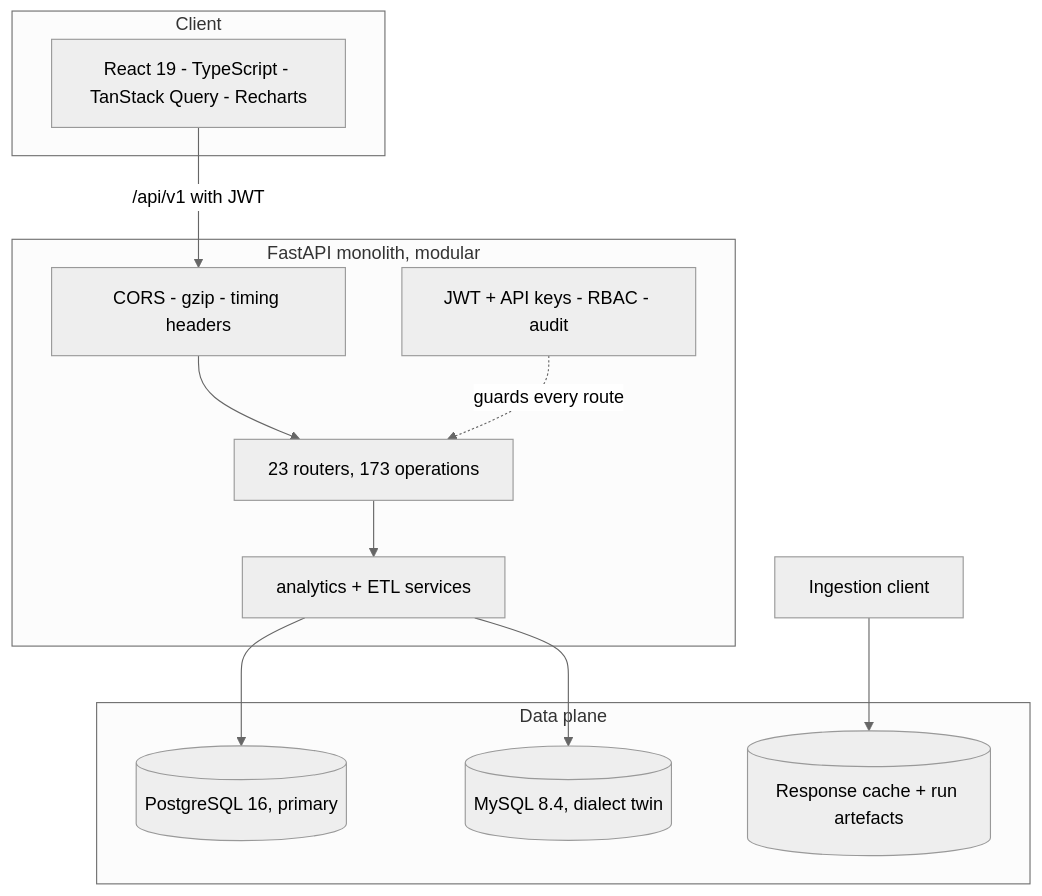
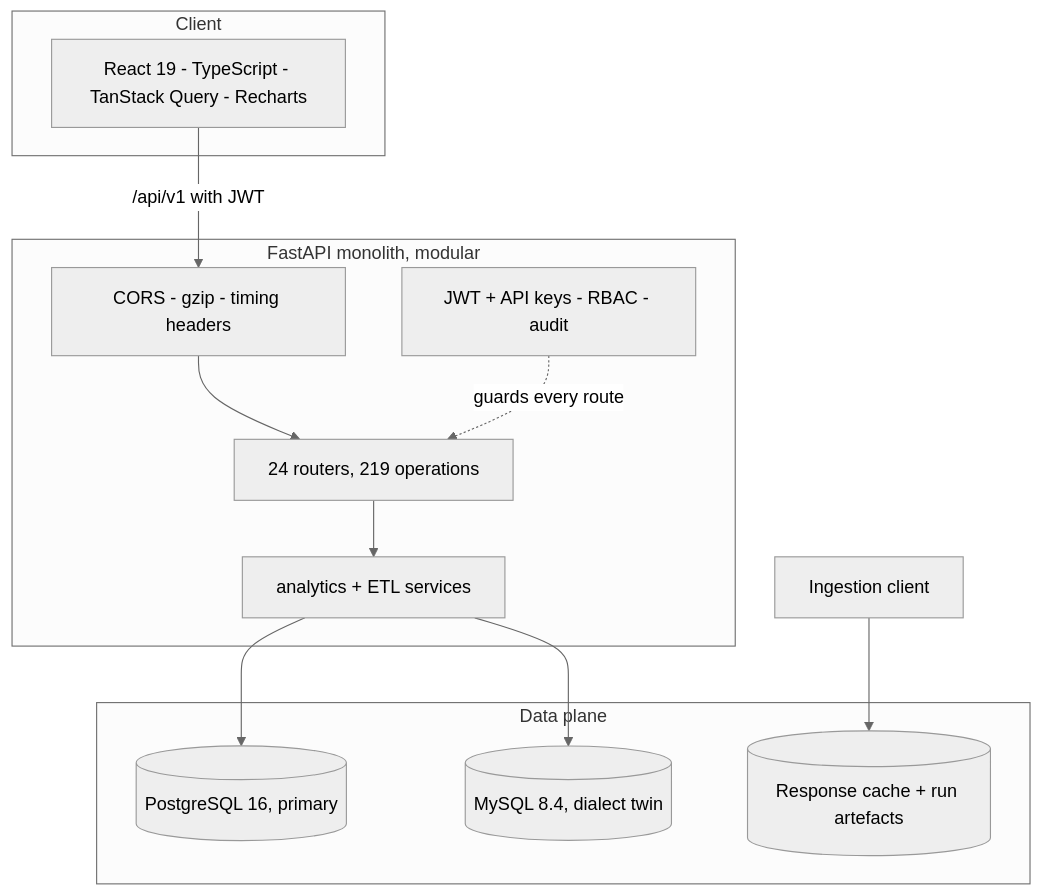
One commit to Ahmedbakr78/Web-to-Warehouse-Product-Intelligence-Pipeline changed the diagram in docs/diagrams/out/README_03.mmd. Above: the diagram before and after it, drawn with Mermaid (neutral theme). The commit also changed 89 other files, not shown here.

First line of the commit message:
Regenerate diagrams and refresh site metadata

```diff
--- a/docs/diagrams/out/README_03.mmd
+++ b/docs/diagrams/out/README_03.mmd
@@ -1,21 +1,21 @@
 
 flowchart TB
     subgraph Browser["Client"]
         RE["React 19 - TypeScript - TanStack Query - Recharts"]
     end
     subgraph Server["FastAPI monolith, modular"]
         MW["CORS - gzip - timing headers"]
-        RT["23 routers, 173 operations"]
+        RT["24 routers, 219 operations"]
         SV["analytics + ETL services"]
         SEC["JWT + API keys - RBAC - audit"]
         MW --> RT --> SV
         SEC -.guards every route.-> RT
     end
     subgraph Data["Data plane"]
         PG[("PostgreSQL 16, primary")]
         MY[("MySQL 8.4, dialect twin")]
         FS[("Response cache + run artefacts")]
     end
     RE -->|"/api/v1 with JWT"| MW
     SV --> PG & MY
     HC2["Ingestion client"] --> FS
```
